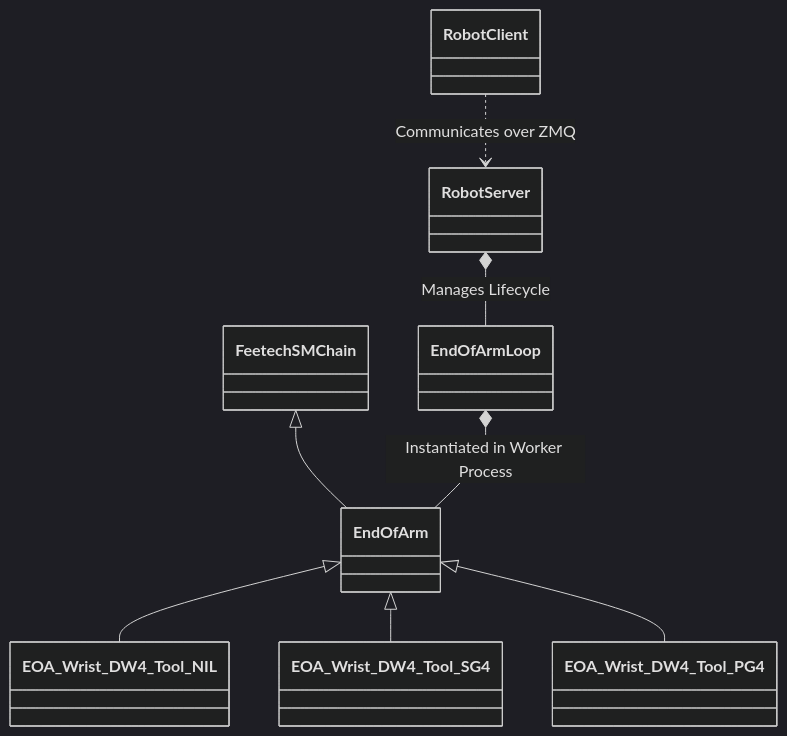
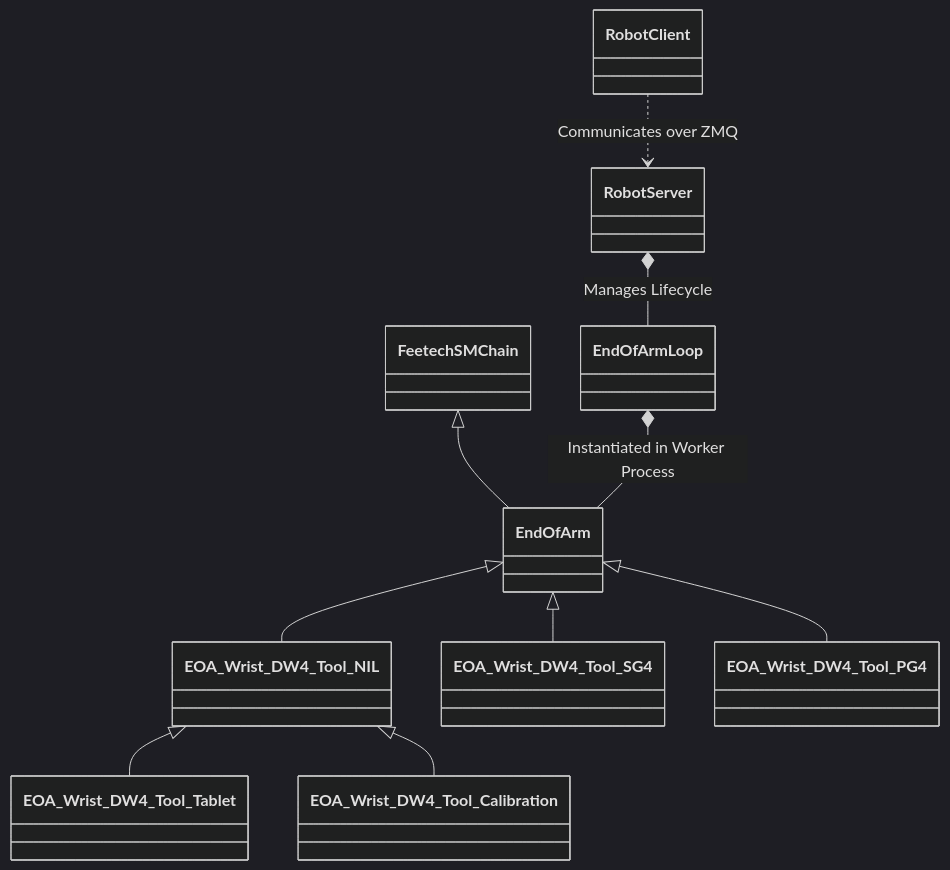
Before and after one commit to hello-robot/stretch4_body: the first of 2 diagrams in docs/primer_end_of_arm.md, drawn with Mermaid (dark theme). The commit also changed other lines of this file and 25 other files, not shown here.

First line of the commit message:
Documentation for EOA Tool Updates (#165)

````diff
--- a/docs/primer_end_of_arm.md
+++ b/docs/primer_end_of_arm.md
@@ -33,11 +49,13 @@
 ```mermaid
 classDiagram
     FeetechSMChain <|-- EndOfArm
     EndOfArm <|-- EOA_Wrist_DW4_Tool_NIL
     EndOfArm <|-- EOA_Wrist_DW4_Tool_SG4
     EndOfArm <|-- EOA_Wrist_DW4_Tool_PG4
-    
+    EOA_Wrist_DW4_Tool_NIL <|-- EOA_Wrist_DW4_Tool_Tablet
+    EOA_Wrist_DW4_Tool_NIL <|-- EOA_Wrist_DW4_Tool_Calibration
+
     EndOfArmLoop *-- EndOfArm : Instantiated in Worker Process
     RobotServer *-- EndOfArmLoop : Manages Lifecycle
     RobotClient ..> RobotServer : Communicates over ZMQ
 ```
````
